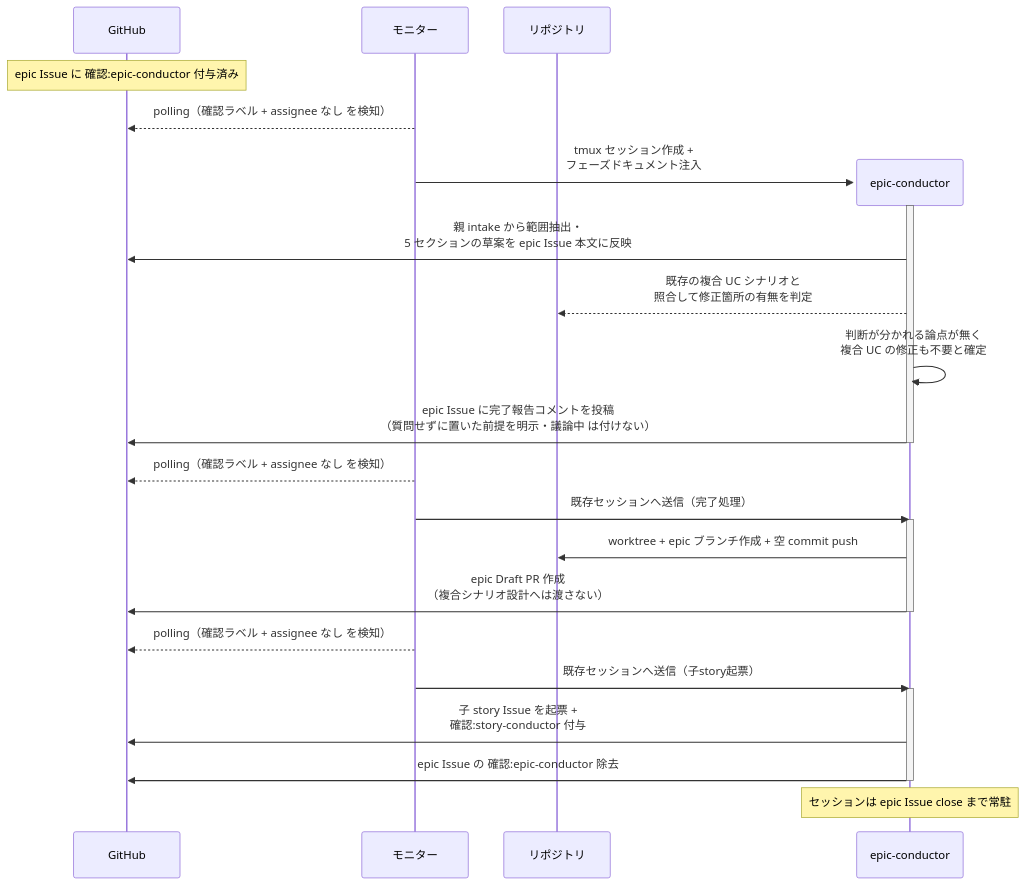
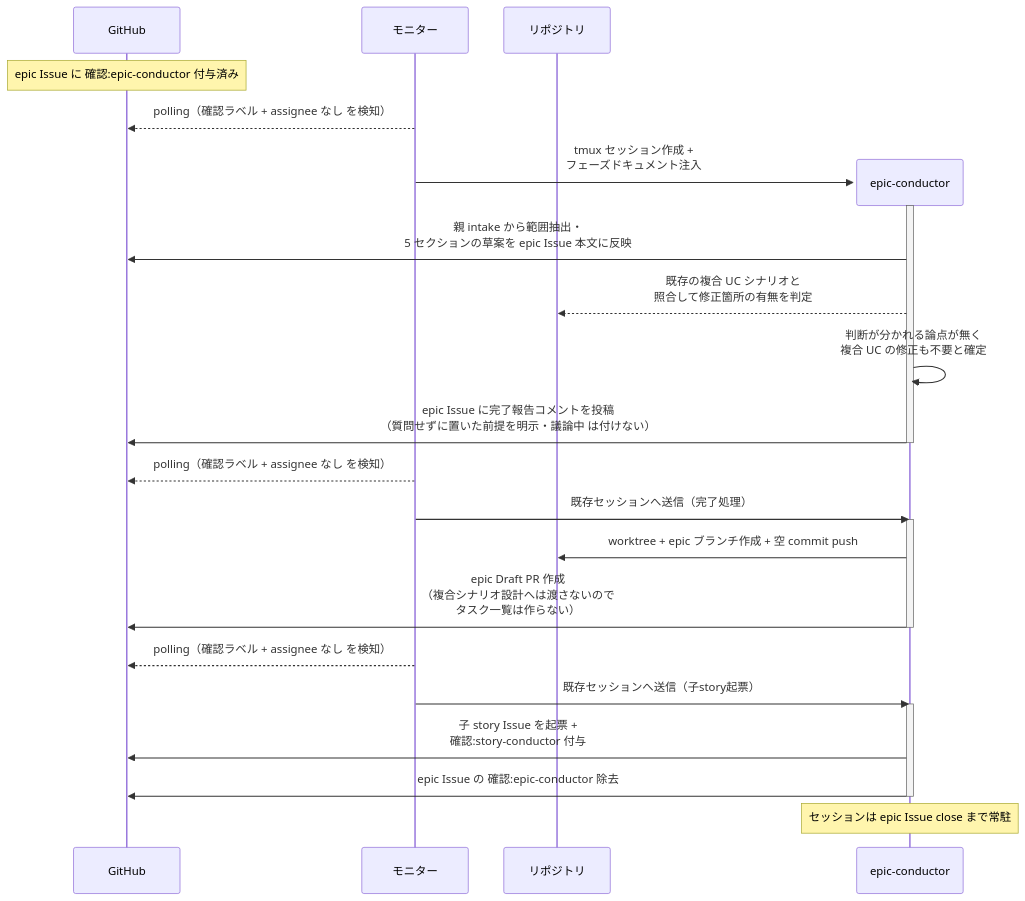
One commit to shuhei1101/ai-monitor changed the second of 5 diagrams in docs/wiki/設計図/シナリオ/単一ユースケース/epic要件確定.md. Above: the diagram before and after it, drawn with Mermaid. The commit also changed other lines of this file and 77 other files, not shown here.

````diff
--- a/docs/wiki/設計図/シナリオ/単一ユースケース/epic要件確定.md
+++ b/docs/wiki/設計図/シナリオ/単一ユースケース/epic要件確定.md
@@ -96,32 +97,32 @@
 ```mermaid
 sequenceDiagram
   participant GH as GitHub
   participant ORC as モニター
   participant REPO as リポジトリ
 
   Note over GH: epic Issue に 確認:epic-conductor 付与済み
   ORC-->>GH: polling（確認ラベル + assignee なし を検知）
   create participant MON as epic-conductor
   ORC->>MON: tmux セッション作成 +<br>フェーズドキュメント注入
   activate MON
   MON->>GH: 親 intake から範囲抽出・<br>5 セクションの草案を epic Issue 本文に反映
   MON-->>REPO: 既存の複合 UC シナリオと<br>照合して修正箇所の有無を判定
   MON->>MON: 判断が分かれる論点が無く<br>複合 UC の修正も不要と確定
   MON->>GH: epic Issue に完了報告コメントを投稿<br>（質問せずに置いた前提を明示・議論中 は付けない）
   deactivate MON
 
   ORC-->>GH: polling（確認ラベル + assignee なし を検知）
   ORC->>MON: 既存セッションへ送信（完了処理）
   activate MON
   MON->>REPO: worktree + epic ブランチ作成 + 空 commit push
-  MON->>GH: epic Draft PR 作成<br>（複合シナリオ設計へは渡さない）
+  MON->>GH: epic Draft PR 作成<br>（複合シナリオ設計へは渡さないので<br>タスク一覧は作らない）
   deactivate MON
 
   ORC-->>GH: polling（確認ラベル + assignee なし を検知）
   ORC->>MON: 既存セッションへ送信（子story起票）
   activate MON
   MON->>GH: 子 story Issue を起票 +<br>確認:story-conductor 付与
   MON->>GH: epic Issue の 確認:epic-conductor 除去
   deactivate MON
   Note over MON: セッションは epic Issue close まで常駐
 ```
````
